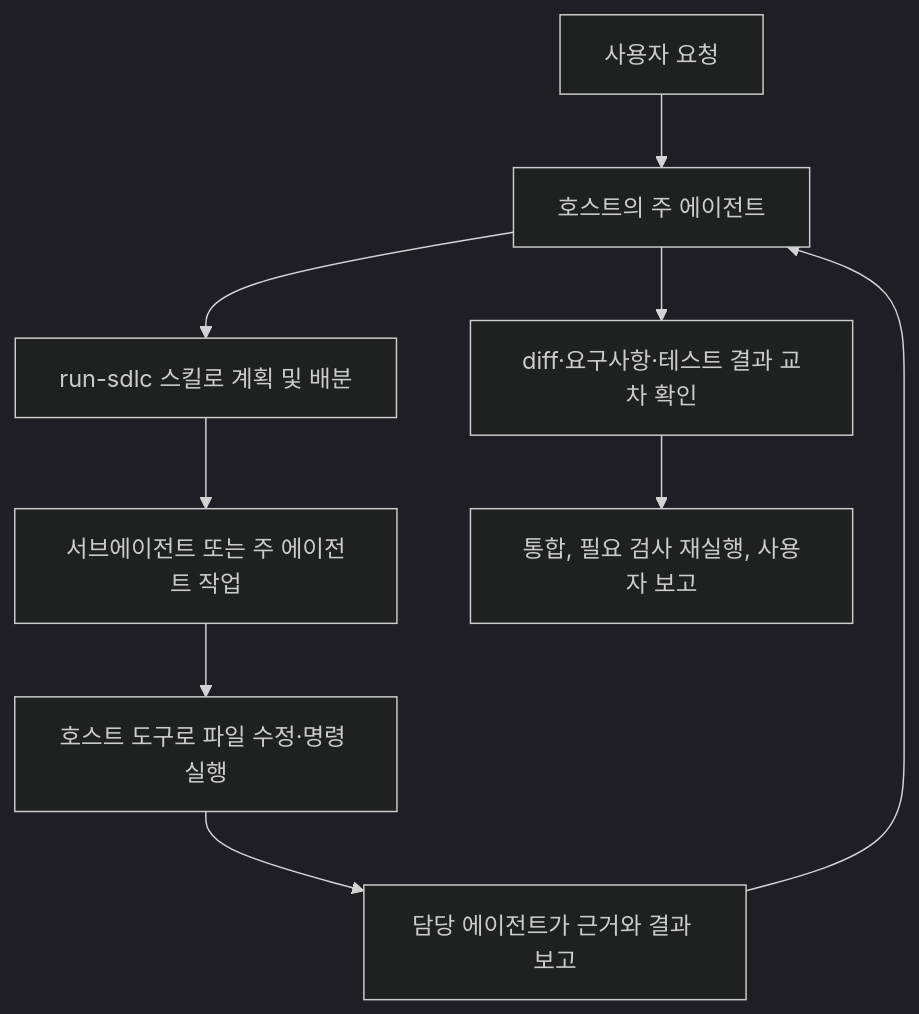
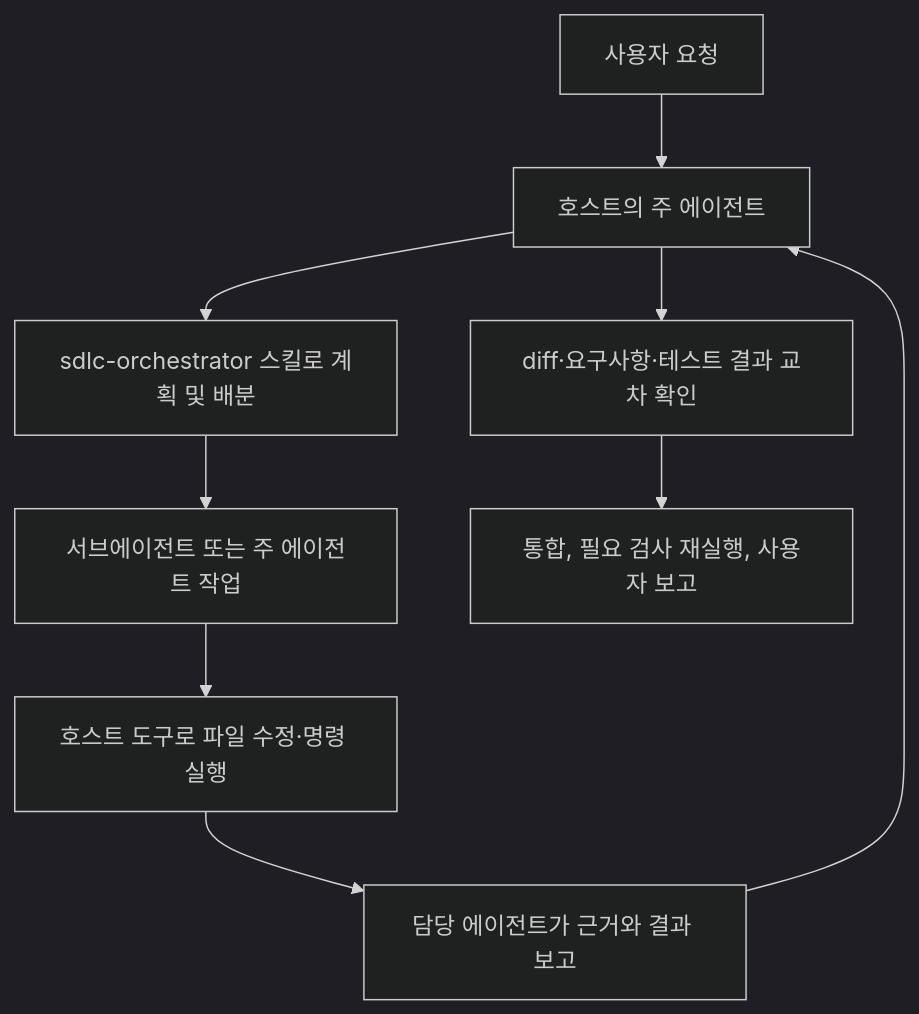
One commit to relighting123/pns-sdlc-agent changed the diagram in docs/DEVELOPER_GUIDE.md. Above: the diagram before and after it, drawn with Mermaid (dark theme). The commit also changed other lines of this file and 18 other files, not shown here.

````diff
--- a/docs/DEVELOPER_GUIDE.md
+++ b/docs/DEVELOPER_GUIDE.md
@@ -7,11 +7,11 @@
 ```mermaid
 flowchart TD
     U[사용자 요청] --> O[호스트의 주 에이전트]
-    O --> P[run-sdlc 스킬로 계획 및 배분]
+    O --> P[sdlc-orchestrator 스킬로 계획 및 배분]
     P --> W[서브에이전트 또는 주 에이전트 작업]
     W --> H[호스트 도구로 파일 수정·명령 실행]
     H --> V[담당 에이전트가 근거와 결과 보고]
     V --> O
     O --> Q[diff·요구사항·테스트 결과 교차 확인]
     Q --> R[통합, 필요 검사 재실행, 사용자 보고]
 ```
````
